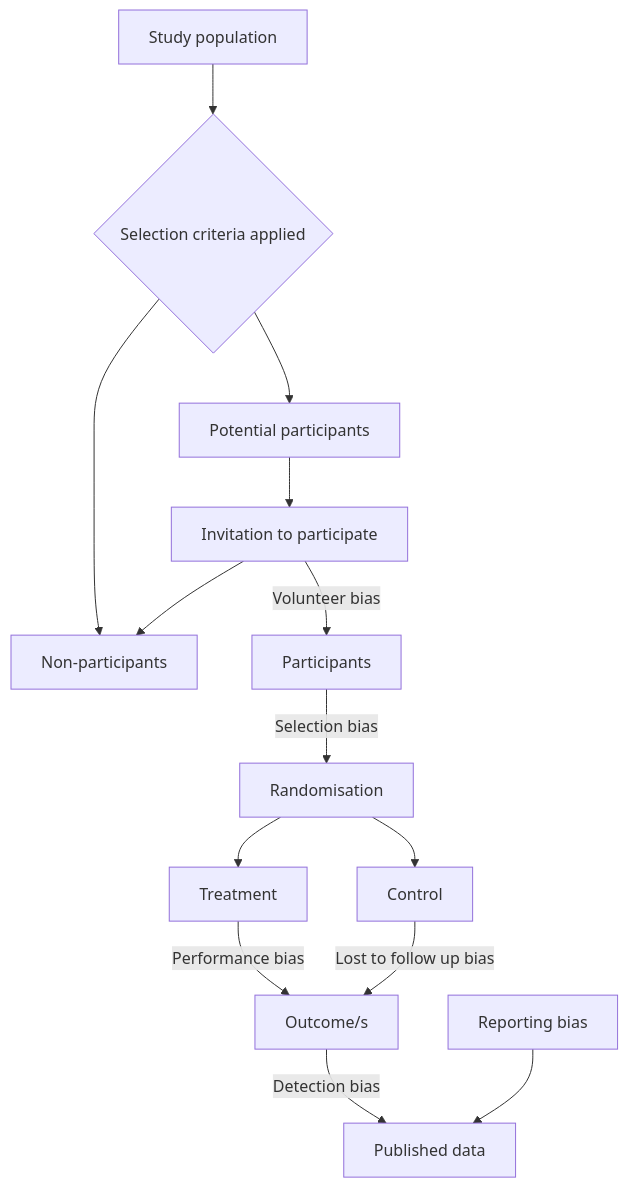
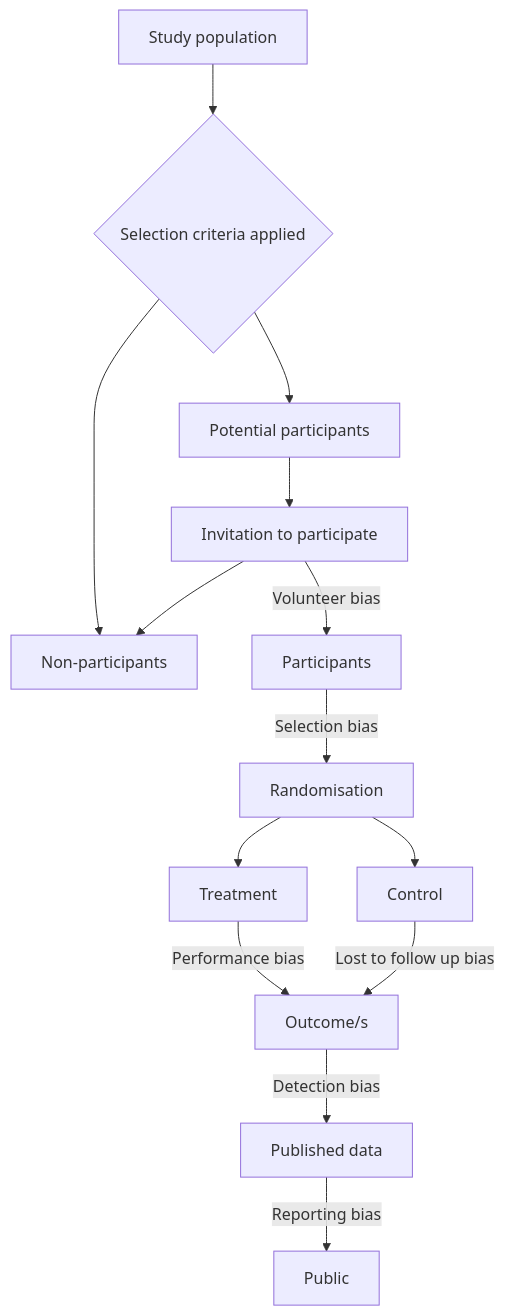
One commit to Owen-Chu/Medicine changed the second of 2 diagrams in Module 1/Randomised controlled trials (RCTs).md. Above: the diagram before and after it, drawn with Mermaid.

Commit message:
vault backup: 2026-09-23 21:50:23

````diff
--- a/Module 1/Randomised controlled trials (RCTs).md
+++ b/Module 1/Randomised controlled trials (RCTs).md
@@ -76,19 +76,19 @@
 ```mermaid
 flowchart TD
 	A[Study population] --> B{Selection criteria applied}
 	B --> C[Potential participants]
 	B --> D[Non-participants]
 	C --> E[Invitation to participate]
 	E --Volunteer bias--> Participants
 	E --> D
 	Participants --Selection bias--> Randomisation
 	Randomisation --> Treatment
 	Randomisation --> Control
 	Treatment --Performance bias--> Outcome/s
 	Control --Lost to follow up bias--> Outcome/s
 	Outcome/s --Detection bias--> F[Published data]
 
-	G[Reporting bias] --> F
-
+	F --Reporting bias--> Public
+	
 
 ```
````
